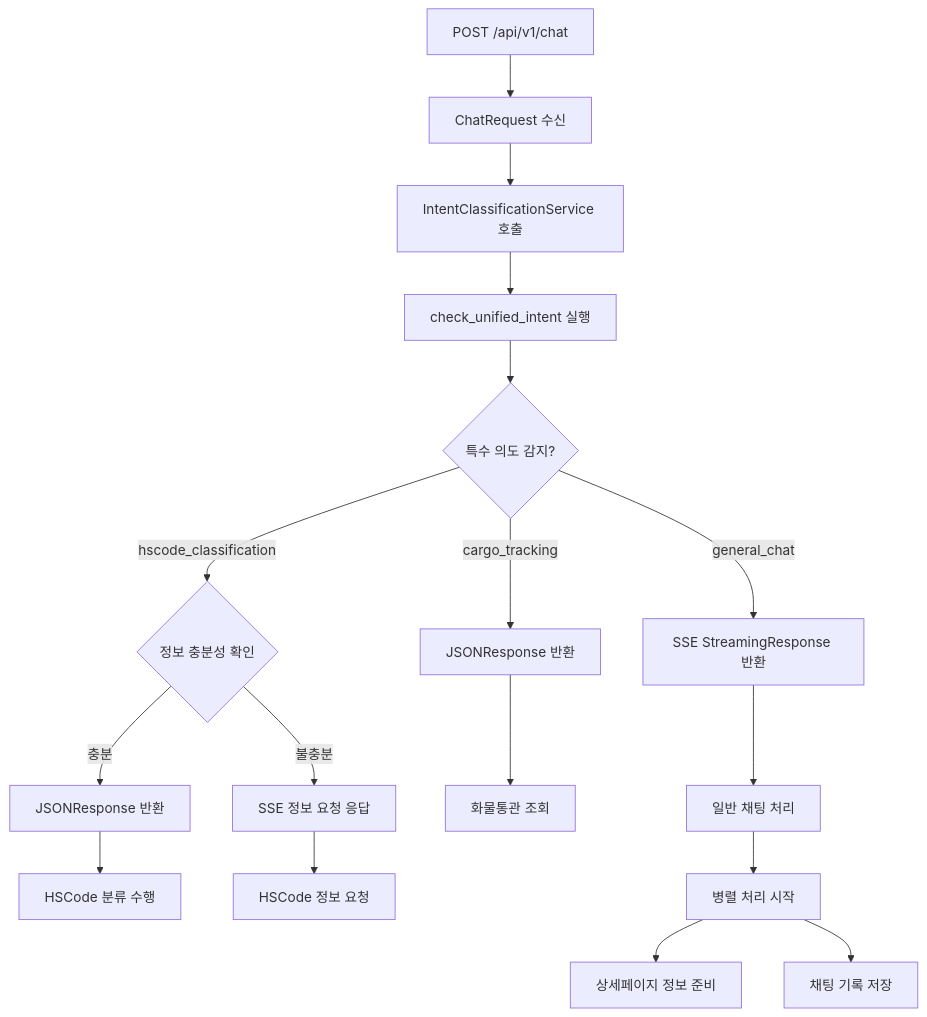
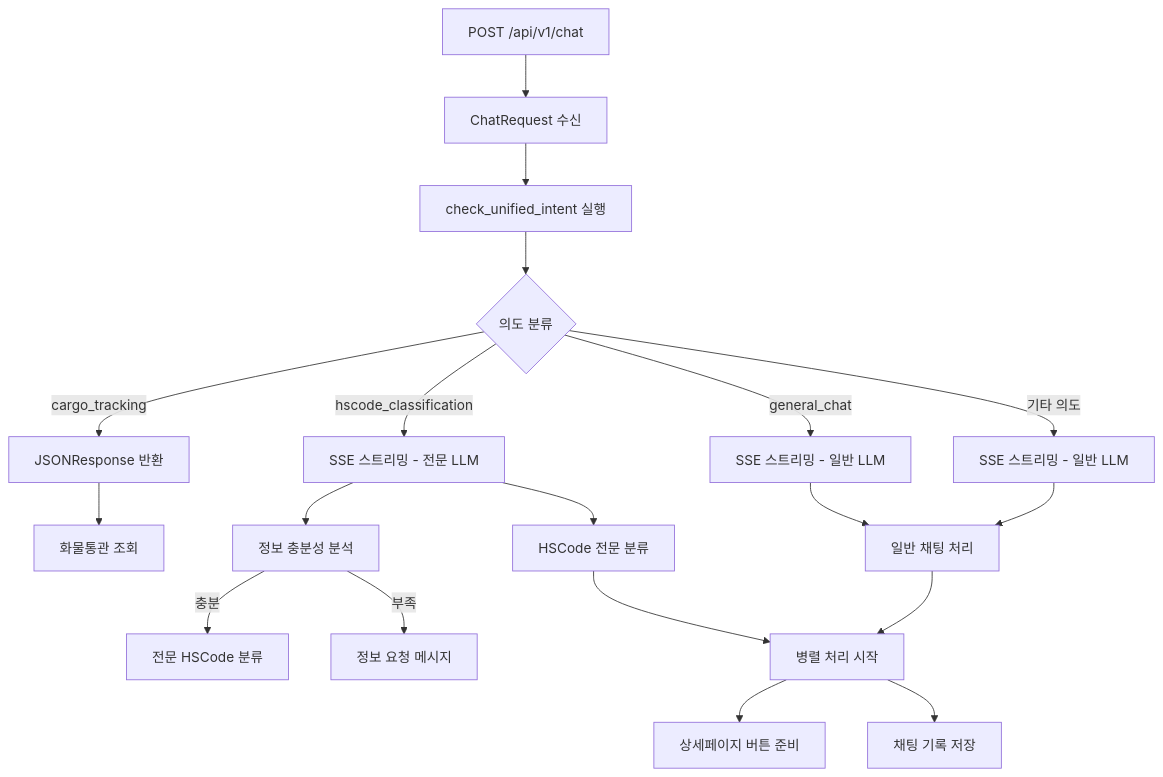
One commit to GodsB1025/trade-python changed the diagram in docs/chat_endpoint_response_formats.md. Above: the diagram before and after it, drawn with Mermaid. The commit also changed other lines of this file and 5 other files, not shown here.

Commit message:
feat: SSE 이벤트 표준화 및 채팅 API 응답 개선, HSCode 분류 처리 로직 수정

````diff
--- a/docs/chat_endpoint_response_formats.md
+++ b/docs/chat_endpoint_response_formats.md
@@ -27,19 +31,24 @@
 ```mermaid
 graph TD
     A[POST /api/v1/chat] --> B[ChatRequest 수신]
-    B --> C[IntentClassificationService 호출]
-    C --> D[check_unified_intent 실행]
-    D --> E{특수 의도 감지?}
-    E -->|cargo_tracking| F[JSONResponse 반환]
-    E -->|hscode_classification| G{정보 충분성 확인}
-    G -->|충분| H[JSONResponse 반환]
-    G -->|불충분| I[SSE 정보 요청 응답]
-    E -->|general_chat| J[SSE StreamingResponse 반환]
-    F --> K[화물통관 조회]
-    H --> L[HSCode 분류 수행]
-    I --> M[HSCode 정보 요청]
-    J --> N[일반 채팅 처리]
-    N --> O[병렬 처리 시작]
-    O --> P[상세페이지 정보 준비]
+    B --> C[check_unified_intent 실행]
+    C --> D{의도 분류}
+    D -->|cargo_tracking| E[JSONResponse 반환]
+    D -->|hscode_classification| F[SSE 스트리밍 - 전문 LLM]
+    D -->|general_chat| G[SSE 스트리밍 - 일반 LLM]
+    D -->|기타 의도| H[SSE 스트리밍 - 일반 LLM]
+    
+    E --> I[화물통관 조회]
+    F --> J[HSCode 전문 분류]
+    F --> K[정보 충분성 분석]
+    K -->|충분| L[전문 HSCode 분류]
+    K -->|부족| M[정보 요청 메시지]
+    
+    G --> N[일반 채팅 처리]
+    H --> N
+    
+    J --> O[병렬 처리 시작]
+    N --> O
+    O --> P[상세페이지 버튼 준비]
     O --> Q[채팅 기록 저장]
 ```
````
